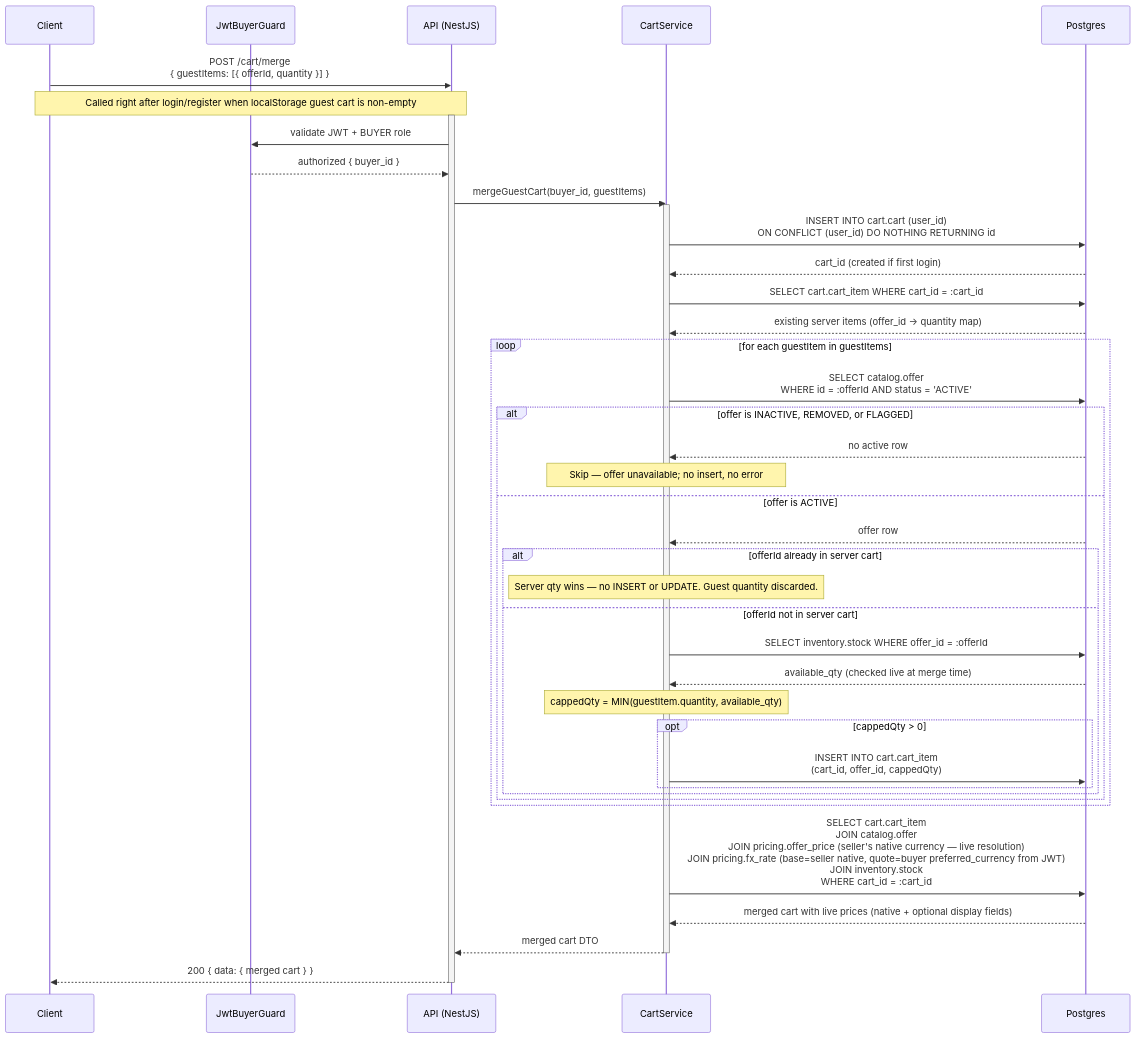
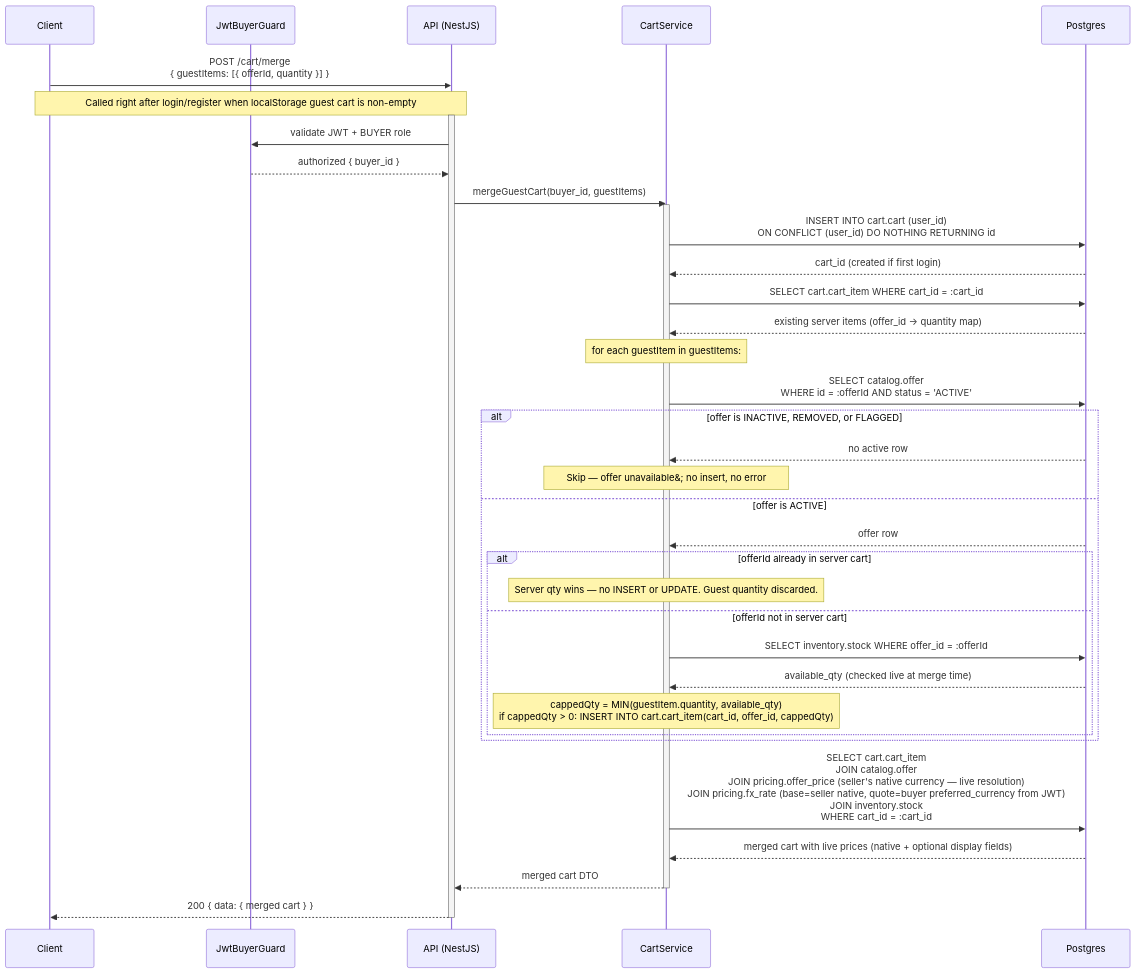
Before and after one commit to alisa-uthi/aliceut-ecom-document: the sixth of 6 diagrams in phase-1/technical-design/api-design/cart.md, drawn with Mermaid. The commit also changed other lines of this file and 35 other files, not shown here.

````diff
--- a/phase-1/technical-design/api-design/cart.md
+++ b/phase-1/technical-design/api-design/cart.md
@@ -338,47 +344,43 @@
 ```mermaid
 sequenceDiagram
     participant C as Client
     participant G as JwtBuyerGuard
     participant A as API (NestJS)
     participant S as CartService
     participant P as Postgres
 
     C->>A: POST /cart/merge<br/>{ guestItems: [{ offerId, quantity }] }
     Note over C,A: Called right after login/register when localStorage guest cart is non-empty
     activate A
     A->>G: validate JWT + BUYER role
     G-->>A: authorized { buyer_id }
     A->>S: mergeGuestCart(buyer_id, guestItems)
     activate S
     S->>P: INSERT INTO cart.cart (user_id)<br/>ON CONFLICT (user_id) DO NOTHING RETURNING id
     P-->>S: cart_id (created if first login)
     S->>P: SELECT cart.cart_item WHERE cart_id = :cart_id
     P-->>S: existing server items (offer_id -> quantity map)
 
-    loop for each guestItem in guestItems
-        S->>P: SELECT catalog.offer<br/>WHERE id = :offerId AND status = 'ACTIVE'
-        alt offer is INACTIVE, REMOVED, or FLAGGED
-            P-->>S: no active row
-            Note over S: Skip — offer unavailable#59; no insert, no error
-        else offer is ACTIVE
-            P-->>S: offer row
-            alt offerId already in server cart
-                Note over S: Server qty wins — no INSERT or UPDATE. Guest quantity discarded.
-            else offerId not in server cart
-                S->>P: SELECT inventory.stock WHERE offer_id = :offerId
-                P-->>S: available_qty (checked live at merge time)
-                Note over S: cappedQty = MIN(guestItem.quantity, available_qty)
-                opt cappedQty > 0
-                    S->>P: INSERT INTO cart.cart_item<br/>(cart_id, offer_id, cappedQty)
-                end
-            end
+    Note over S: for each guestItem in guestItems:
+    S->>P: SELECT catalog.offer<br/>WHERE id = :offerId AND status = 'ACTIVE'
+    alt offer is INACTIVE, REMOVED, or FLAGGED
+        P-->>S: no active row
+        Note over S: Skip — offer unavailable&#59; no insert, no error
+    else offer is ACTIVE
+        P-->>S: offer row
+        alt offerId already in server cart
+            Note over S: Server qty wins — no INSERT or UPDATE. Guest quantity discarded.
+        else offerId not in server cart
+            S->>P: SELECT inventory.stock WHERE offer_id = :offerId
+            P-->>S: available_qty (checked live at merge time)
+            Note over S: cappedQty = MIN(guestItem.quantity, available_qty)<br/>if cappedQty > 0: INSERT INTO cart.cart_item(cart_id, offer_id, cappedQty)
         end
     end
 
     S->>P: SELECT cart.cart_item<br/>JOIN catalog.offer<br/>JOIN pricing.offer_price (seller's native currency — live resolution)<br/>JOIN pricing.fx_rate (base=seller native, quote=buyer preferred_currency from JWT)<br/>JOIN inventory.stock<br/>WHERE cart_id = :cart_id
     P-->>S: merged cart with live prices (native + optional display fields)
     S-->>A: merged cart DTO
     deactivate S
     A-->>C: 200 { data: { merged cart } }
     deactivate A
 ```
````
